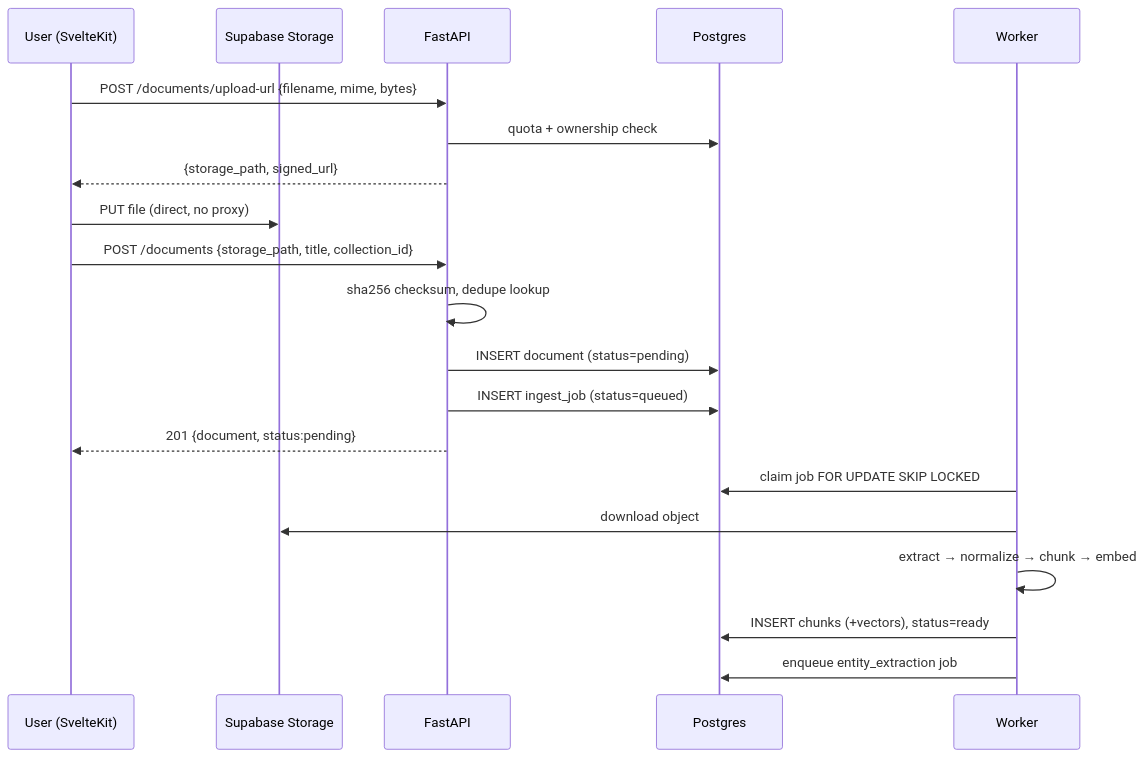
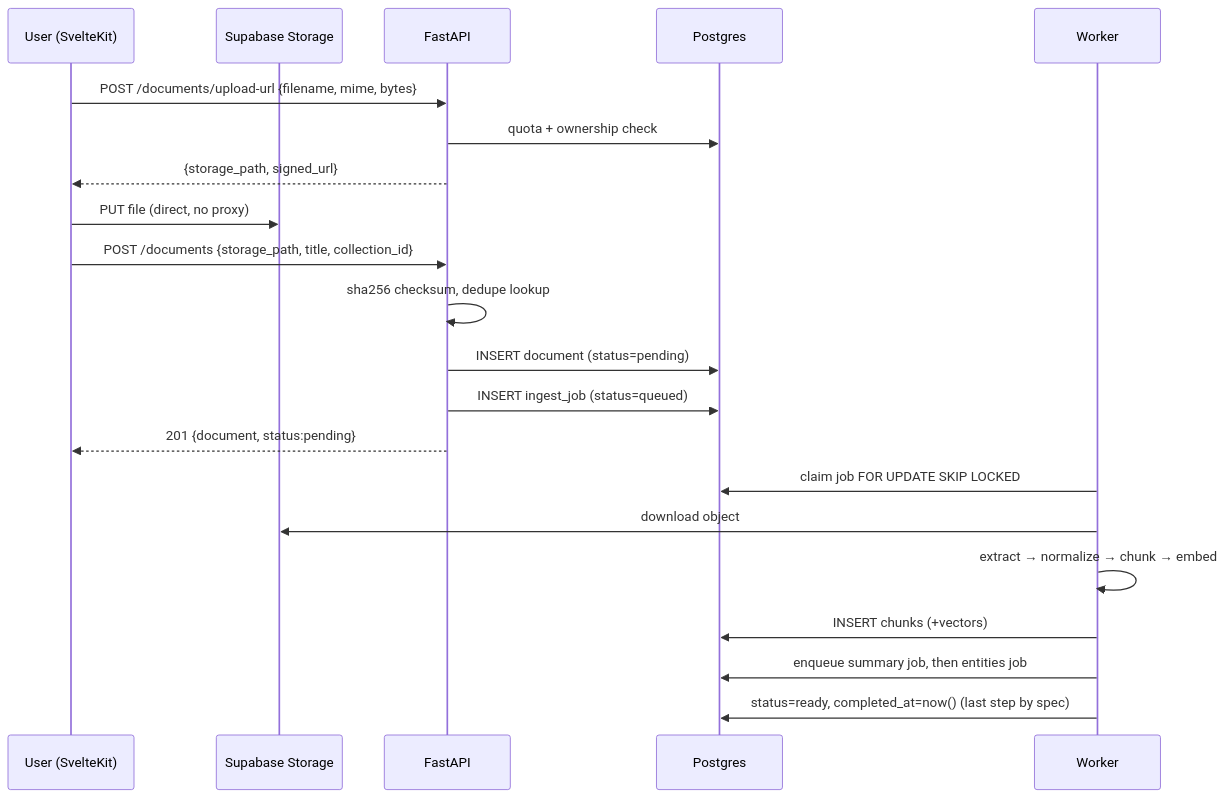
One commit to nagami1917/AiPersonalBrainProject changed the third of 4 diagrams in docs/ARCHITECTURE.md. Above: the diagram before and after it, drawn with Mermaid. The commit also changed other lines of this file and 21 other files, not shown here.

````diff
--- a/docs/ARCHITECTURE.md
+++ b/docs/ARCHITECTURE.md
@@ -137,23 +137,24 @@
 ```mermaid
 sequenceDiagram
   participant U as User (SvelteKit)
   participant S as Supabase Storage
   participant A as FastAPI
   participant D as Postgres
   participant W as Worker
 
   U->>A: POST /documents/upload-url {filename, mime, bytes}
   A->>D: quota + ownership check
   A-->>U: {storage_path, signed_url}
   U->>S: PUT file (direct, no proxy)
   U->>A: POST /documents {storage_path, title, collection_id}
   A->>A: sha256 checksum, dedupe lookup
   A->>D: INSERT document (status=pending)
   A->>D: INSERT ingest_job (status=queued)
   A-->>U: 201 {document, status:pending}
   W->>D: claim job FOR UPDATE SKIP LOCKED
   W->>S: download object
   W->>W: extract → normalize → chunk → embed
-  W->>D: INSERT chunks (+vectors), status=ready
-  W->>D: enqueue entity_extraction job
+  W->>D: INSERT chunks (+vectors)
+  W->>D: enqueue summary job, then entities job
+  W->>D: status=ready, completed_at=now()  (last step by spec)
 ```
````
